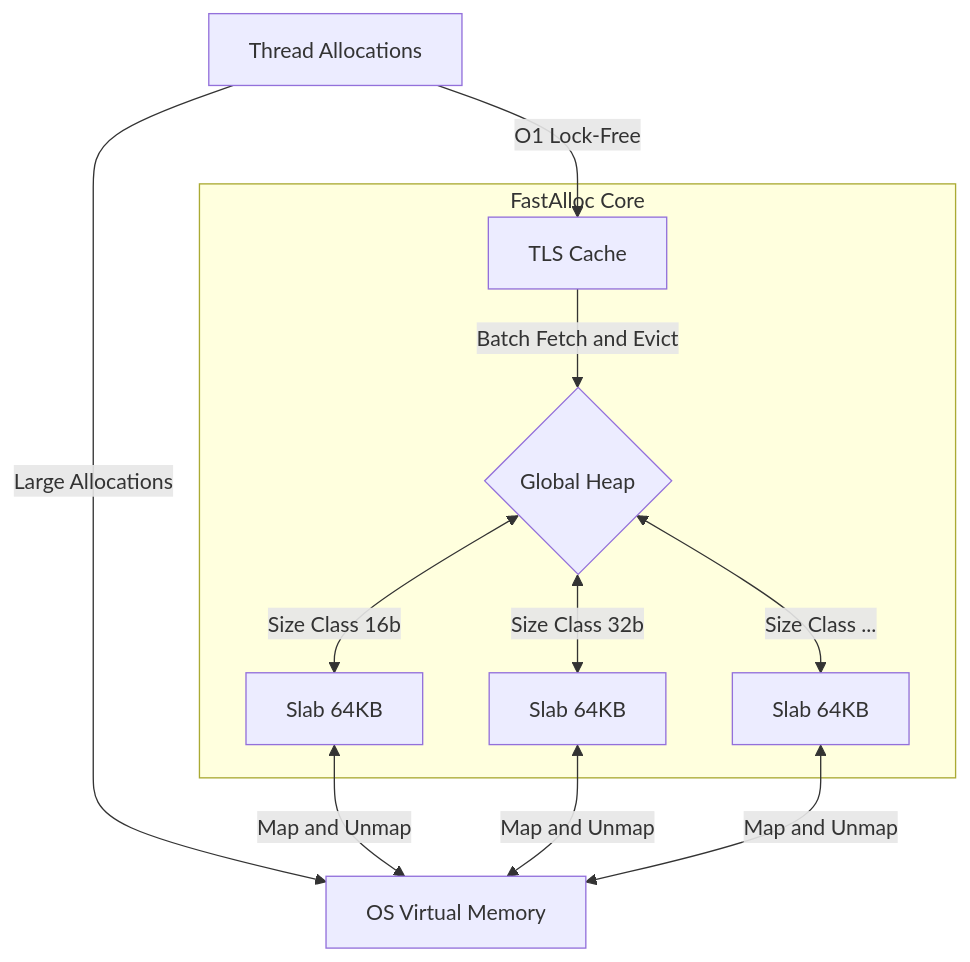
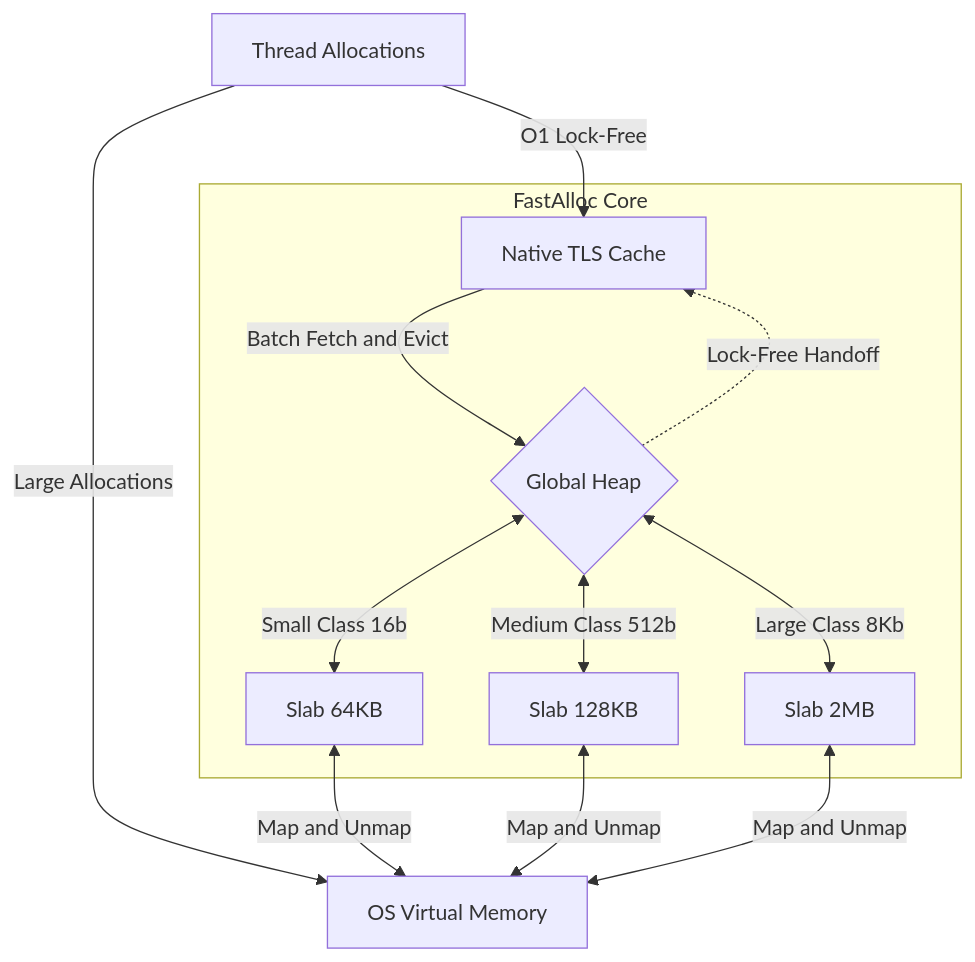
The diagram in README.md (Komal-ai417/FastAlloc), drawn with Mermaid before and after one commit. The commit also changed other lines of this file and 6 other files, not shown here.

````diff
--- a/README.md
+++ b/README.md
@@ -16,17 +16,18 @@
 ```mermaid
 flowchart TD
-    User[Thread Allocations] -->|O1 Lock-Free| TLS[TLS Cache]
+    User[Thread Allocations] -->|O1 Lock-Free| TLS[Native TLS Cache]
     User -->|Large Allocations| OS
     
     subgraph FastAlloc Core
         TLS -->|Batch Fetch and Evict| GH{Global Heap}
+        GH -.->|Lock-Free Handoff| TLS
         
-        GH <-->|Size Class 16b| S1[Slab 64KB]
-        GH <-->|Size Class 32b| S2[Slab 64KB]
-        GH <-->|Size Class ...| S3[Slab 64KB]
+        GH <-->|Small Class 16b| S1[Slab 64KB]
+        GH <-->|Medium Class 512b| S2[Slab 128KB]
+        GH <-->|Large Class 8Kb| S3[Slab 2MB]
     end
     
     S1 <-->|Map and Unmap| OS[OS Virtual Memory]
     S2 <-->|Map and Unmap| OS
     S3 <-->|Map and Unmap| OS
 ```
````
